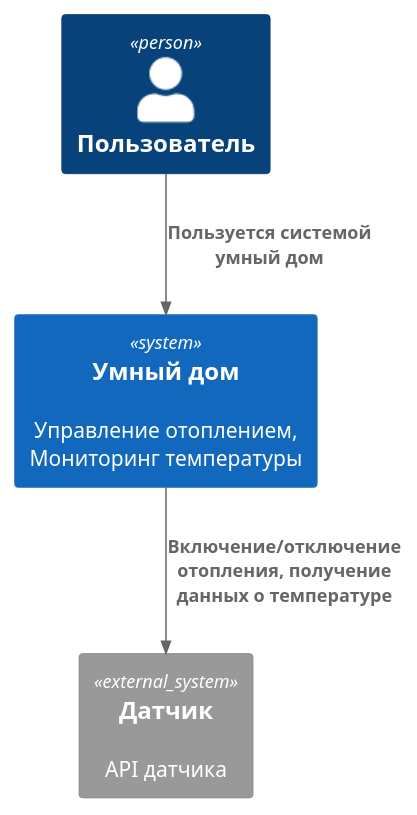
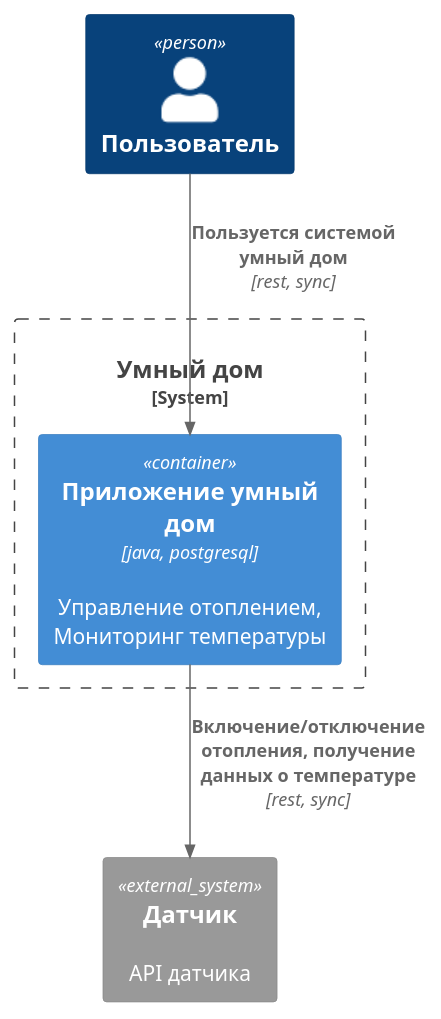
Before and after one commit to HichDX/architecture-sprint-3: the diagram in diagrams/context_diagrams.puml, drawn with PlantUML. The commit also changed 8 other files, not shown here.

```diff
--- a/diagrams/context_diagrams.puml
+++ b/diagrams/context_diagrams.puml
@@ -1,15 +1,17 @@
 @startuml
 !include https://raw.githubusercontent.com/plantuml-stdlib/C4-PlantUML/master/C4_Context.puml
+!include https://raw.githubusercontent.com/plantuml-stdlib/C4-PlantUML/master/C4_Container.puml
 
 'LAYOUT_WITH_LEGEND
 
 
 Person(user, "Пользователь")
-System(e1, "Умный дом", "Управление отоплением, Мониторинг температуры")
+System_Boundary(e1, "Умный дом"){
+  Container(smart_home, "Приложение умный дом", "java, postgresql", "Управление отоплением, Мониторинг температуры")
+}
 System_Ext(sensor, "Датчик", "API датчика")
 
 
-Rel(user, e1, "Пользуется системой умный дом")
-Rel(e1, sensor, "Включение/отключение отопления, получение данных о температуре")
-
+Rel(user, smart_home, "Пользуется системой умный дом", "rest, sync")
+Rel(smart_home, sensor, "Включение/отключение отопления, получение данных о температуре", "rest, sync")
 @enduml
```
